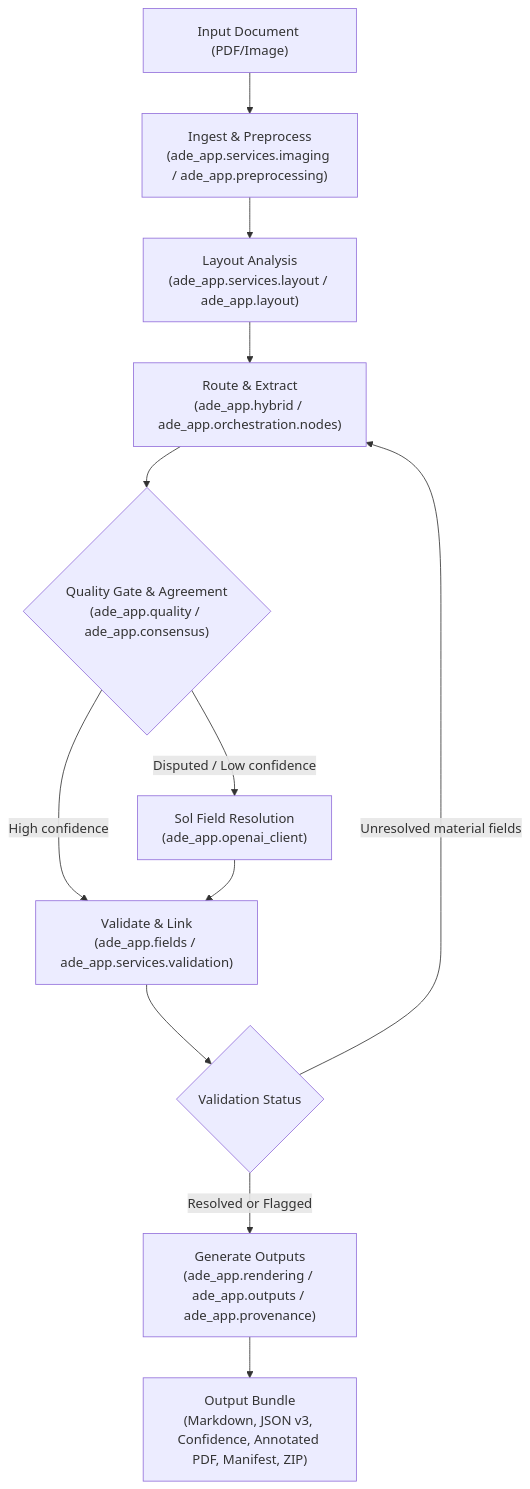
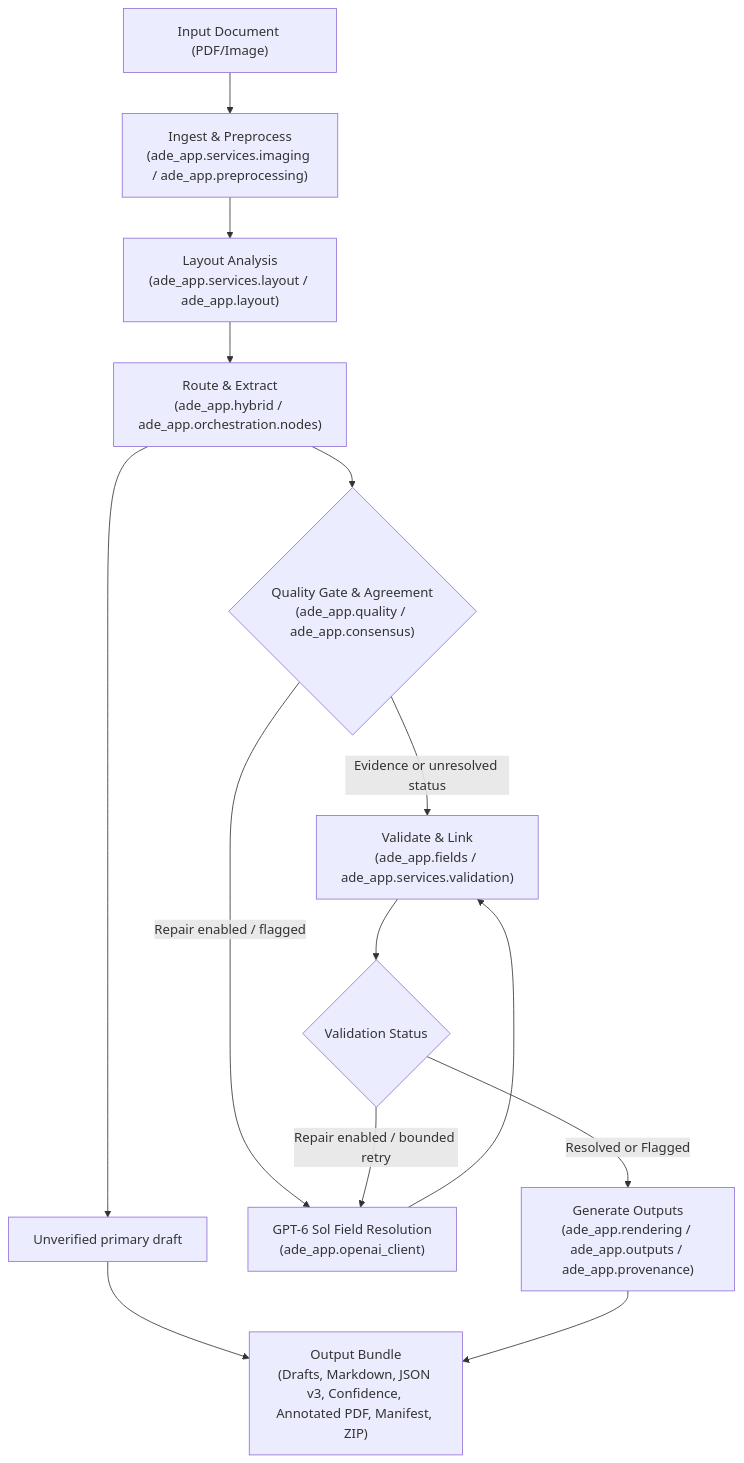
One commit to pypi-ahmad/OpenAI-Agentic-Document_extraction changed the diagram in docs/ARCHITECTURE.md. Above: the diagram before and after it, drawn with Mermaid. The commit also changed other lines of this file and 31 other files, not shown here.

Commit message:
docs: clarify GPT-6 Sol workflow and prose

````diff
--- a/docs/ARCHITECTURE.md
+++ b/docs/ARCHITECTURE.md
@@ -9,14 +13,16 @@
 ```mermaid
 flowchart TD
     A["Input Document (PDF/Image)"] --> B["Ingest & Preprocess<br/>(ade_app.services.imaging / ade_app.preprocessing)"]
     B --> C["Layout Analysis<br/>(ade_app.services.layout / ade_app.layout)"]
     C --> D["Route & Extract<br/>(ade_app.hybrid / ade_app.orchestration.nodes)"]
     D --> E{"Quality Gate & Agreement<br/>(ade_app.quality / ade_app.consensus)"}
-    E -- "High confidence" --> F["Validate & Link<br/>(ade_app.fields / ade_app.services.validation)"]
-    E -- "Disputed / Low confidence" --> G["Sol Field Resolution<br/>(ade_app.openai_client)"]
+    D --> K["Unverified primary draft"]
+    E -- "Evidence or unresolved status" --> F["Validate & Link<br/>(ade_app.fields / ade_app.services.validation)"]
+    E -- "Repair enabled / flagged" --> G["GPT-6 Sol Field Resolution<br/>(ade_app.openai_client)"]
     G --> F
     F --> H{"Validation Status"}
-    H -- "Unresolved material fields" --> D
+    H -- "Repair enabled / bounded retry" --> G
     H -- "Resolved or Flagged" --> I["Generate Outputs<br/>(ade_app.rendering / ade_app.outputs / ade_app.provenance)"]
-    I --> J["Output Bundle<br/>(Markdown, JSON v3, Confidence, Annotated PDF, Manifest, ZIP)"]
+    K --> J["Output Bundle<br/>(Drafts, Markdown, JSON v3, Confidence, Annotated PDF, Manifest, ZIP)"]
+    I --> J
 ```
````
